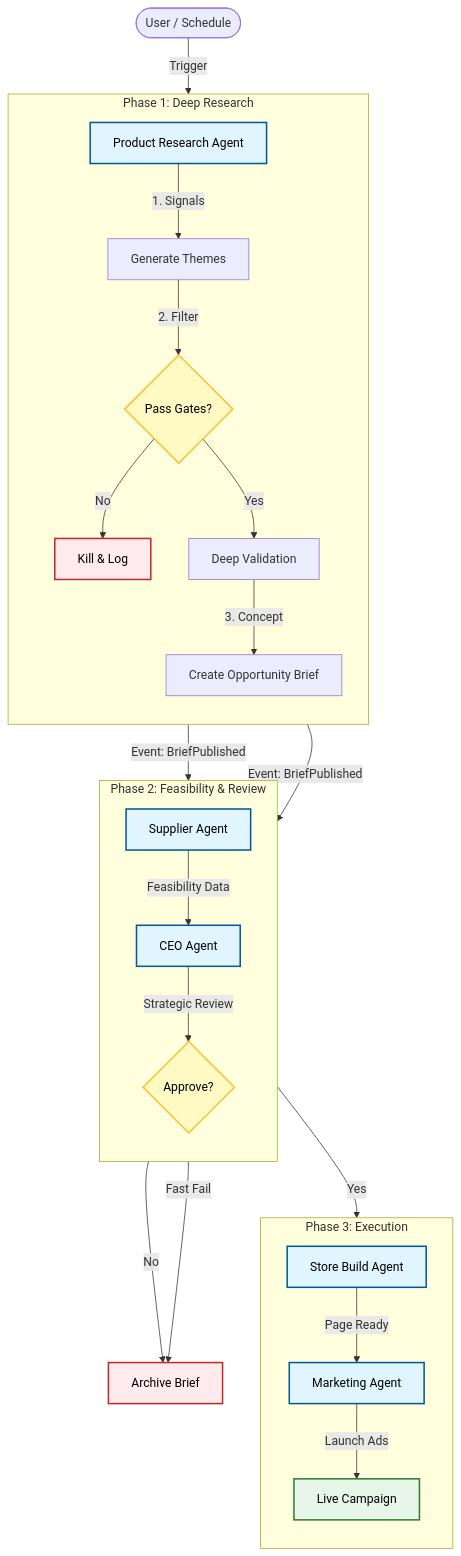
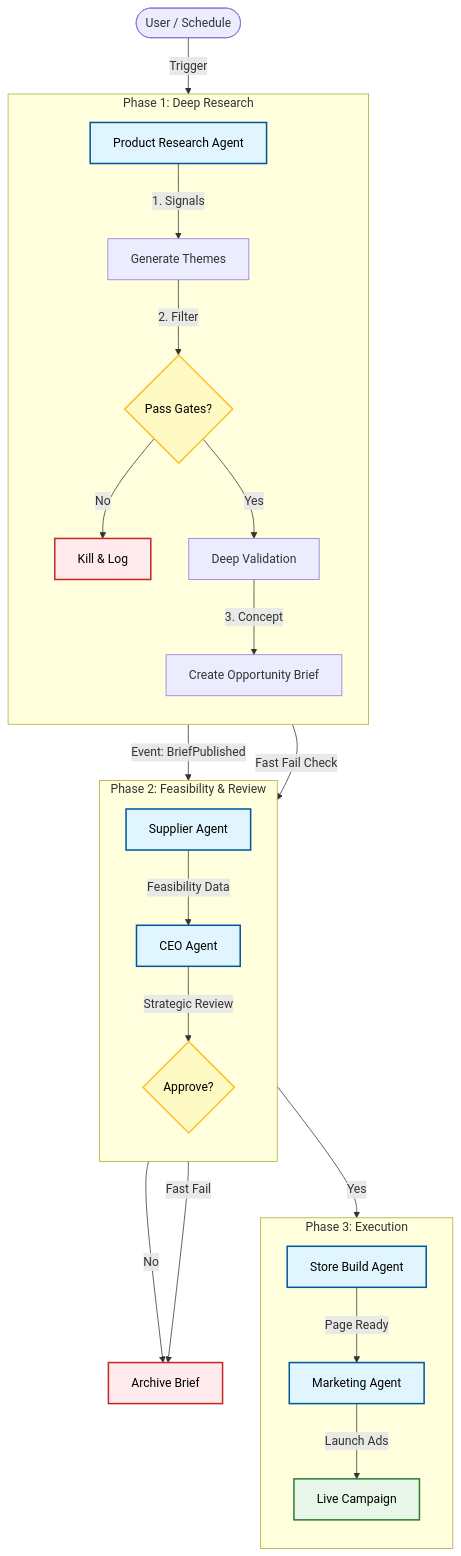
Before and after one commit to andylelli/ds1: the diagram in Documentation/Workflows/01_GROWTH.md, drawn with Mermaid. The commit also changed 1 other file, not shown here.

````diff
--- a/Documentation/Workflows/01_GROWTH.md
+++ b/Documentation/Workflows/01_GROWTH.md
@@ -11,65 +11,65 @@
 ```mermaid
 flowchart TD
     %% Nodes
     User([User / Schedule])
     
     %% Agents
     PRA[Product Research Agent]
     Supplier[Supplier Agent]
     CEO[CEO Agent]
     Store[Store Build Agent]
     Marketing[Marketing Agent]
 
     %% Actions/States
     Themes[Generate Themes]
     Validate[Deep Validation]
     Brief[Create Opportunity Brief]
     Kill[Kill & Log]
     Archive[Archive Brief]
     Live[Live Campaign]
 
     %% Decisions
     Gates{Pass Gates?}
     Approval{Approve?}
 
     %% Flow
     User -->|Trigger| PRA
     
     subgraph P1 [Phase 1: Deep Research]
         direction TB
         PRA -->|1. Signals| Themes
         Themes -->|2. Filter| Gates
         Gates -->|No| Kill
         Gates -->|Yes| Validate
         Validate -->|3. Concept| Brief
     end
 
     subgraph P2 [Phase 2: Feasibility & Review]
         direction TB
         Brief -->|Event: BriefPublished| Supplier
-        Brief -->|Event: BriefPublished| CEO
+        Brief -->|Fast Fail Check| CEO
         Supplier -->|Feasibility Data| CEO
         CEO -->|Strategic Review| Approval
     end
 
     subgraph P3 [Phase 3: Execution]
         direction TB
         Approval -->|Yes| Store
         Store -->|Page Ready| Marketing
         Marketing -->|Launch Ads| Live
     end
 
     Approval -->|No| Archive
     CEO -->|Fast Fail| Archive
 
     %% Styling
     classDef agent fill:#e1f5fe,stroke:#01579b,stroke-width:2px,color:black;
     classDef decision fill:#fff9c4,stroke:#fbc02d,stroke-width:2px,color:black;
     classDef success fill:#e8f5e9,stroke:#2e7d32,stroke-width:2px,color:black;
     classDef fail fill:#ffebee,stroke:#c62828,stroke-width:2px,color:black;
 
     class PRA,Supplier,CEO,Store,Marketing agent;
     class Gates,Approval decision;
     class Live success;
     class Kill,Archive fail;
 ```
````
